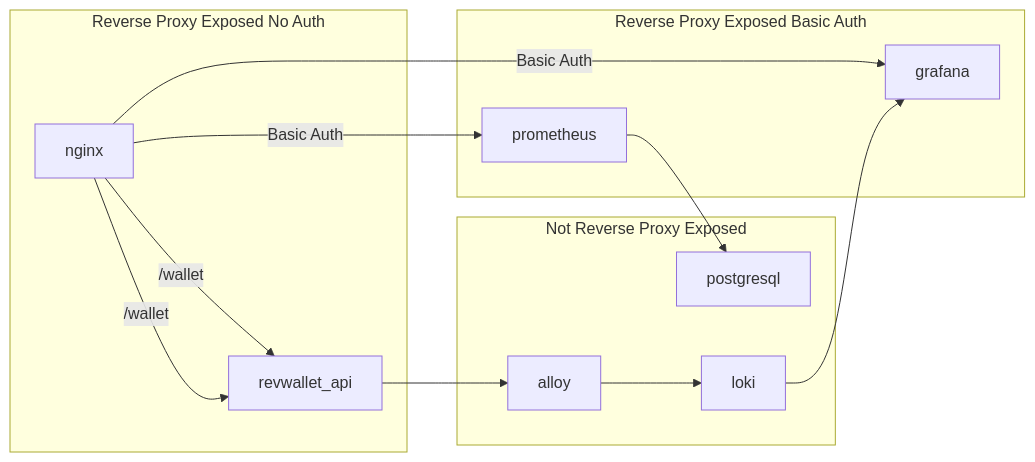
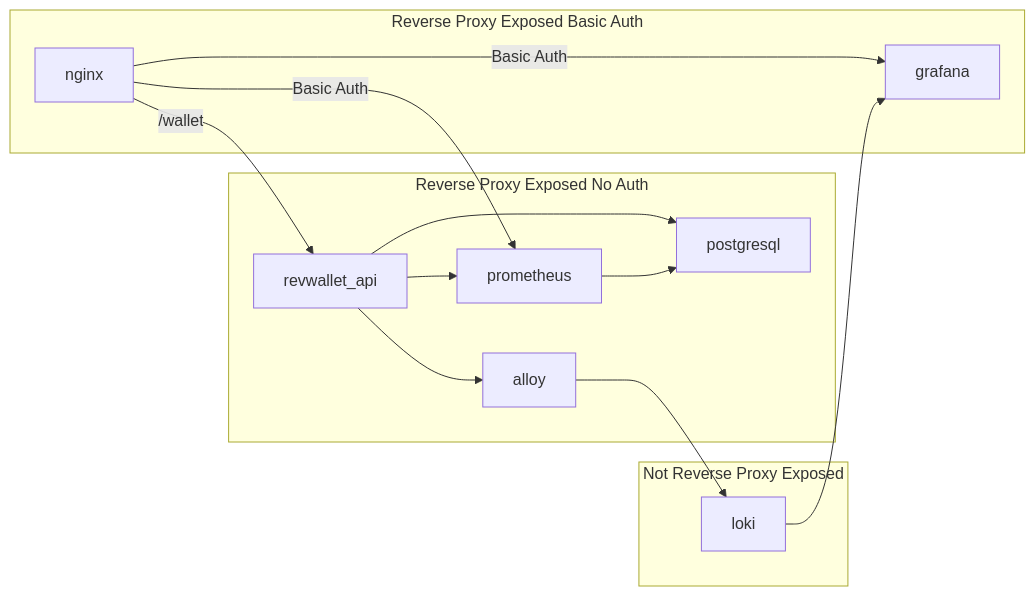
One commit to arthurjguerra/revwallet changed the diagram in README.md. Above: the diagram before and after it, drawn with Mermaid.

Commit message:
feat: add arch diagram

````diff
--- a/README.md
+++ b/README.md
@@ -6,17 +6,18 @@
 ```mermaid
 flowchart LR
   nginx -- /wallet --> revwallet_api
   subgraph Reverse Proxy Exposed No Auth
-     nginx -- /wallet --> revwallet_api
+    revwallet_api --> alloy
+    revwallet_api --> prometheus
+    revwallet_api --> postgresql
   end
   subgraph Reverse Proxy Exposed Basic Auth
     nginx -- Basic Auth --> grafana
     nginx -- Basic Auth --> prometheus
   end
   subgraph Not Reverse Proxy Exposed
-    revwallet_api --> alloy
     prometheus --> postgresql
     alloy --> loki
     loki --> grafana
   end
 ```
````
